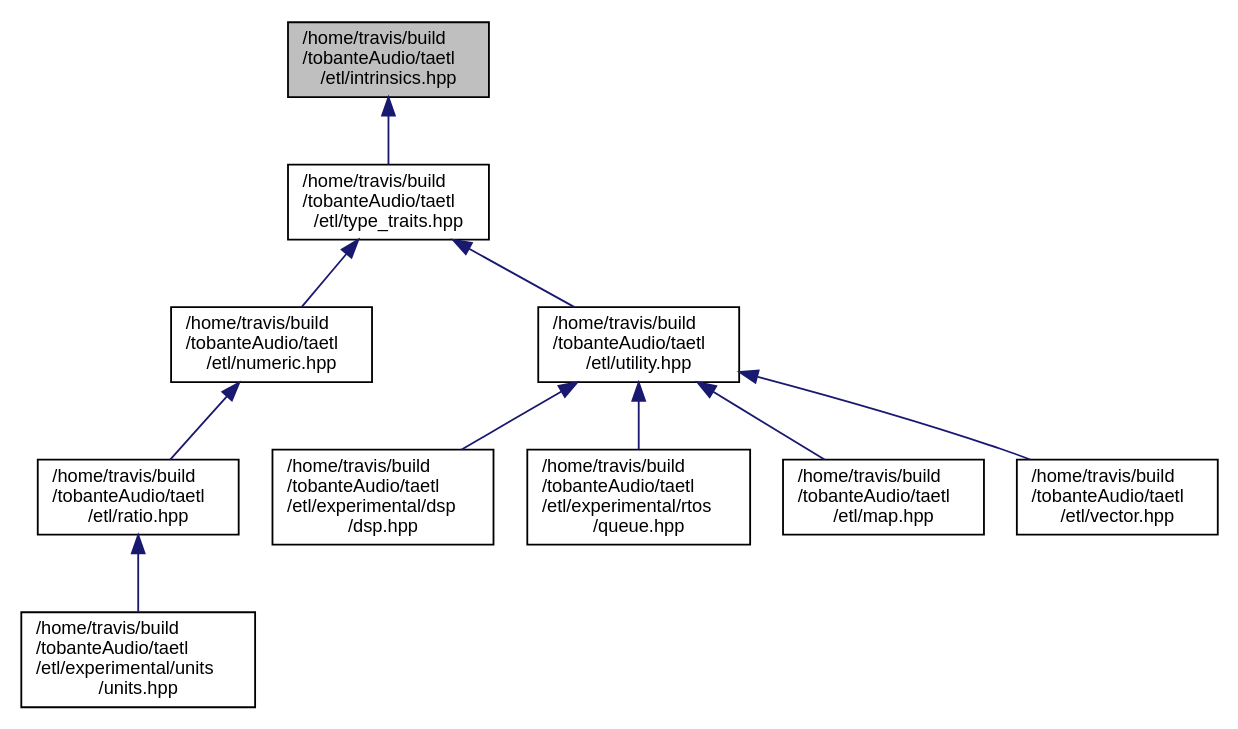
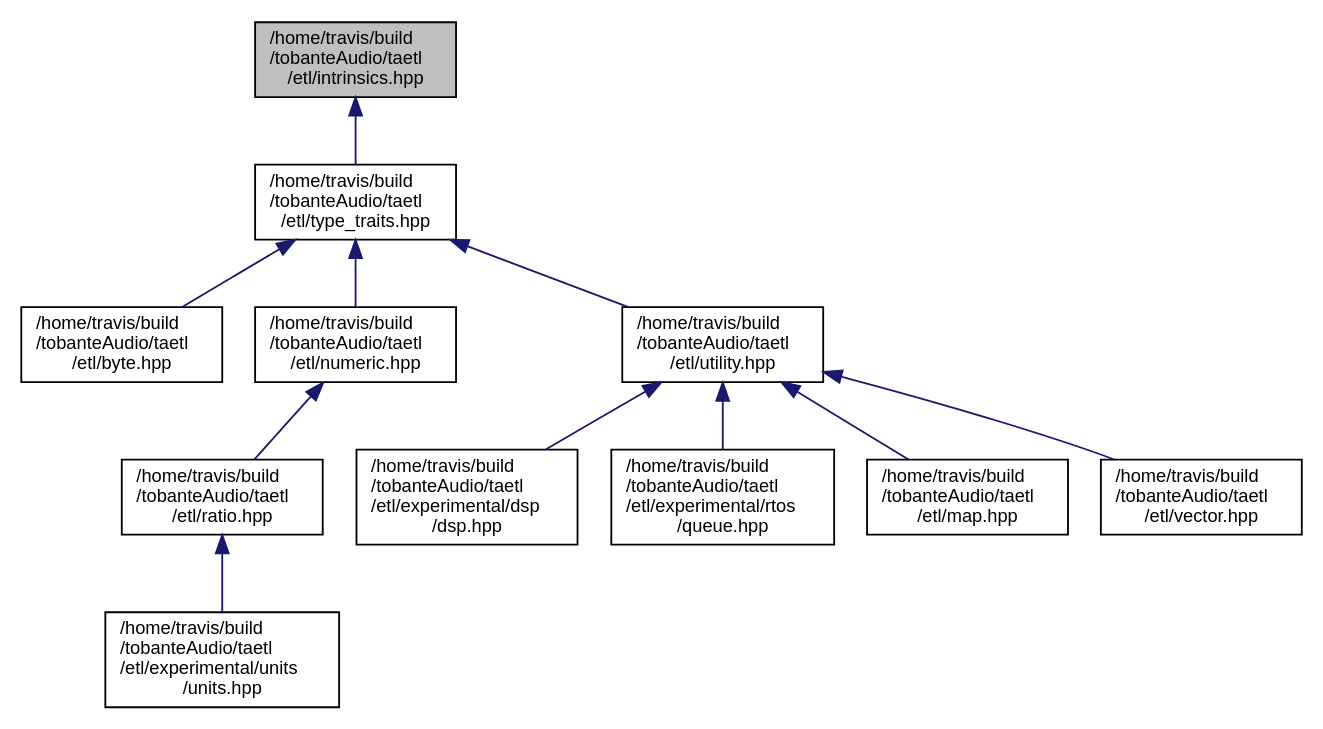
The diagram in intrinsics_8hpp__dep__incl.dot (tobanteAudio/taetl), drawn with Graphviz before and after one commit. The commit also changed 32 other files, not shown here.

Commit message:
Deploy tobanteAudio/taetl to github.com/tobanteAudio/taetl.git:gh-pages

```diff
--- a/intrinsics_8hpp__dep__incl.dot
+++ b/intrinsics_8hpp__dep__incl.dot
@@ -1,24 +1,26 @@
 digraph "/home/travis/build/tobanteAudio/taetl/etl/intrinsics.hpp"
 {
   edge [fontname="Helvetica",fontsize="10",labelfontname="Helvetica",labelfontsize="10"];
   node [fontname="Helvetica",fontsize="10",shape=record];
   Node1 [label="/home/travis/build\l/tobanteAudio/taetl\l/etl/intrinsics.hpp",height=0.2,width=0.4,color="black", fillcolor="grey75", style="filled", fontcolor="black"];
   Node1 -> Node2 [dir="back",color="midnightblue",fontsize="10",style="solid",fontname="Helvetica"];
   Node2 [label="/home/travis/build\l/tobanteAudio/taetl\l/etl/type_traits.hpp",height=0.2,width=0.4,color="black", fillcolor="white", style="filled",URL="$type__traits_8hpp.html"];
   Node2 -> Node3 [dir="back",color="midnightblue",fontsize="10",style="solid",fontname="Helvetica"];
-  Node3 [label="/home/travis/build\l/tobanteAudio/taetl\l/etl/numeric.hpp",height=0.2,width=0.4,color="black", fillcolor="white", style="filled",URL="$numeric_8hpp.html"];
-  Node3 -> Node4 [dir="back",color="midnightblue",fontsize="10",style="solid",fontname="Helvetica"];
-  Node4 [label="/home/travis/build\l/tobanteAudio/taetl\l/etl/ratio.hpp",height=0.2,width=0.4,color="black", fillcolor="white", style="filled",URL="$ratio_8hpp.html"];
+  Node3 [label="/home/travis/build\l/tobanteAudio/taetl\l/etl/byte.hpp",height=0.2,width=0.4,color="black", fillcolor="white", style="filled",URL="$byte_8hpp.html"];
+  Node2 -> Node4 [dir="back",color="midnightblue",fontsize="10",style="solid",fontname="Helvetica"];
+  Node4 [label="/home/travis/build\l/tobanteAudio/taetl\l/etl/numeric.hpp",height=0.2,width=0.4,color="black", fillcolor="white", style="filled",URL="$numeric_8hpp.html"];
   Node4 -> Node5 [dir="back",color="midnightblue",fontsize="10",style="solid",fontname="Helvetica"];
-  Node5 [label="/home/travis/build\l/tobanteAudio/taetl\l/etl/experimental/units\l/units.hpp",height=0.2,width=0.4,color="black", fillcolor="white", style="filled",URL="$units_8hpp.html"];
-  Node2 -> Node6 [dir="back",color="midnightblue",fontsize="10",style="solid",fontname="Helvetica"];
-  Node6 [label="/home/travis/build\l/tobanteAudio/taetl\l/etl/utility.hpp",height=0.2,width=0.4,color="black", fillcolor="white", style="filled",URL="$utility_8hpp.html"];
-  Node6 -> Node7 [dir="back",color="midnightblue",fontsize="10",style="solid",fontname="Helvetica"];
-  Node7 [label="/home/travis/build\l/tobanteAudio/taetl\l/etl/experimental/dsp\l/dsp.hpp",height=0.2,width=0.4,color="black", fillcolor="white", style="filled",URL="$dsp_8hpp.html"];
-  Node6 -> Node8 [dir="back",color="midnightblue",fontsize="10",style="solid",fontname="Helvetica"];
-  Node8 [label="/home/travis/build\l/tobanteAudio/taetl\l/etl/experimental/rtos\l/queue.hpp",height=0.2,width=0.4,color="black", fillcolor="white", style="filled",URL="$queue_8hpp.html"];
-  Node6 -> Node9 [dir="back",color="midnightblue",fontsize="10",style="solid",fontname="Helvetica"];
-  Node9 [label="/home/travis/build\l/tobanteAudio/taetl\l/etl/map.hpp",height=0.2,width=0.4,color="black", fillcolor="white", style="filled",URL="$map_8hpp.html"];
-  Node6 -> Node10 [dir="back",color="midnightblue",fontsize="10",style="solid",fontname="Helvetica"];
-  Node10 [label="/home/travis/build\l/tobanteAudio/taetl\l/etl/vector.hpp",height=0.2,width=0.4,color="black", fillcolor="white", style="filled",URL="$vector_8hpp.html"];
+  Node5 [label="/home/travis/build\l/tobanteAudio/taetl\l/etl/ratio.hpp",height=0.2,width=0.4,color="black", fillcolor="white", style="filled",URL="$ratio_8hpp.html"];
+  Node5 -> Node6 [dir="back",color="midnightblue",fontsize="10",style="solid",fontname="Helvetica"];
+  Node6 [label="/home/travis/build\l/tobanteAudio/taetl\l/etl/experimental/units\l/units.hpp",height=0.2,width=0.4,color="black", fillcolor="white", style="filled",URL="$units_8hpp.html"];
+  Node2 -> Node7 [dir="back",color="midnightblue",fontsize="10",style="solid",fontname="Helvetica"];
+  Node7 [label="/home/travis/build\l/tobanteAudio/taetl\l/etl/utility.hpp",height=0.2,width=0.4,color="black", fillcolor="white", style="filled",URL="$utility_8hpp.html"];
+  Node7 -> Node8 [dir="back",color="midnightblue",fontsize="10",style="solid",fontname="Helvetica"];
+  Node8 [label="/home/travis/build\l/tobanteAudio/taetl\l/etl/experimental/dsp\l/dsp.hpp",height=0.2,width=0.4,color="black", fillcolor="white", style="filled",URL="$dsp_8hpp.html"];
+  Node7 -> Node9 [dir="back",color="midnightblue",fontsize="10",style="solid",fontname="Helvetica"];
+  Node9 [label="/home/travis/build\l/tobanteAudio/taetl\l/etl/experimental/rtos\l/queue.hpp",height=0.2,width=0.4,color="black", fillcolor="white", style="filled",URL="$queue_8hpp.html"];
+  Node7 -> Node10 [dir="back",color="midnightblue",fontsize="10",style="solid",fontname="Helvetica"];
+  Node10 [label="/home/travis/build\l/tobanteAudio/taetl\l/etl/map.hpp",height=0.2,width=0.4,color="black", fillcolor="white", style="filled",URL="$map_8hpp.html"];
+  Node7 -> Node11 [dir="back",color="midnightblue",fontsize="10",style="solid",fontname="Helvetica"];
+  Node11 [label="/home/travis/build\l/tobanteAudio/taetl\l/etl/vector.hpp",height=0.2,width=0.4,color="black", fillcolor="white", style="filled",URL="$vector_8hpp.html"];
 }
```
